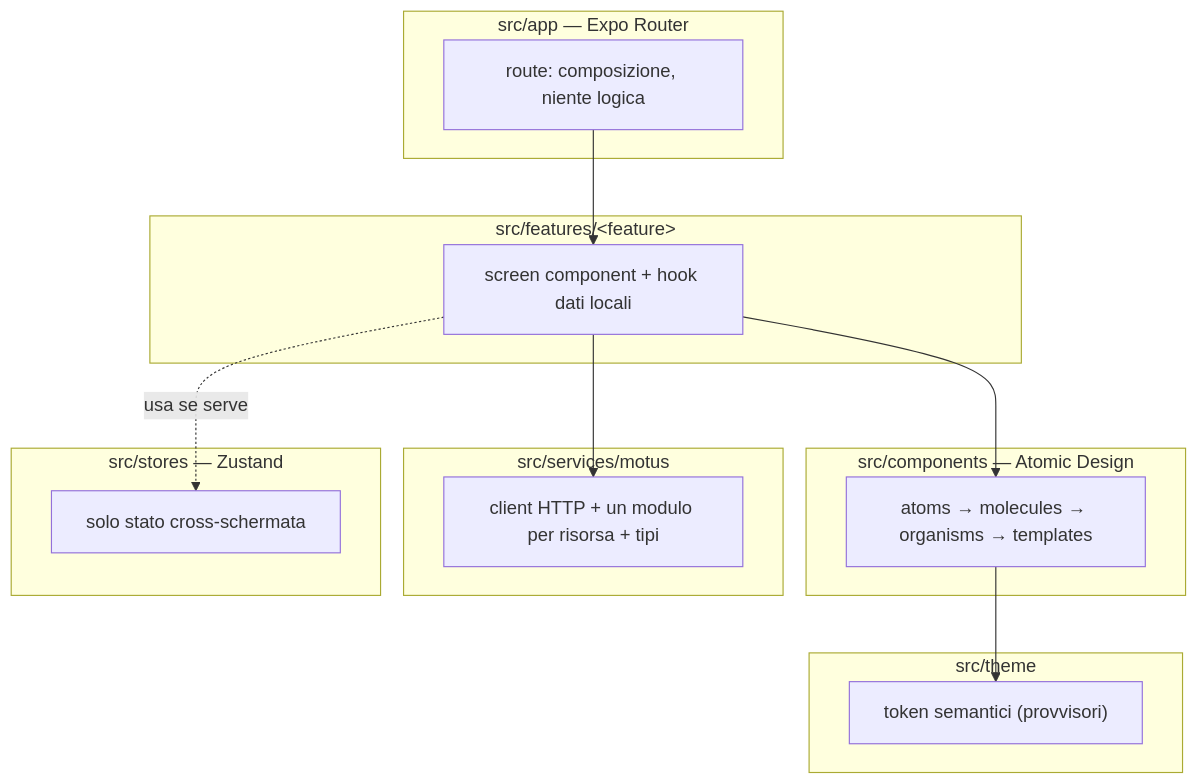
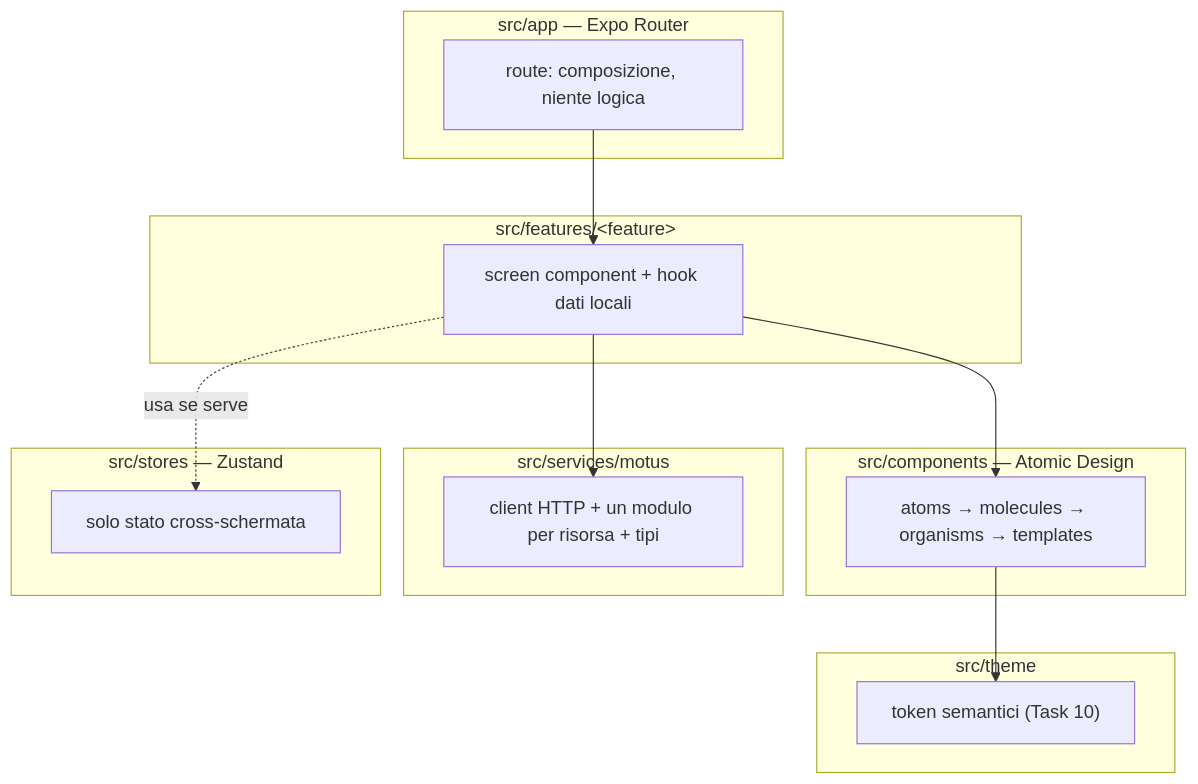
Before and after one commit to marcellodpAS/Motus-frontend: the first of 2 diagrams in docs/motus/architecture.md, drawn with Mermaid. The commit also changed other lines of this file and 12 other files, not shown here.

````diff
--- a/docs/motus/architecture.md
+++ b/docs/motus/architecture.md
@@ -29,27 +29,27 @@
 ```mermaid
 flowchart TB
     subgraph Routing["src/app — Expo Router"]
         R["route: composizione, niente logica"]
     end
     subgraph Features["src/features/&lt;feature&gt;"]
         F["screen component + hook dati locali"]
     end
     subgraph Shared["src/components — Atomic Design"]
         C["atoms → molecules → organisms → templates"]
     end
     subgraph Theme["src/theme"]
-        T["token semantici (provvisori)"]
+        T["token semantici (Task 10)"]
     end
     subgraph Services["src/services/motus"]
         S["client HTTP + un modulo per risorsa + tipi"]
     end
     subgraph State["src/stores — Zustand"]
         Z["solo stato cross-schermata"]
     end
 
     R --> F
     F --> C
     F --> S
     F -.usa se serve.-> Z
     C --> T
 ```
````
